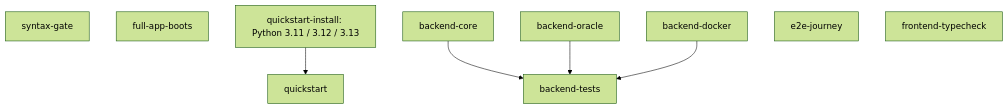
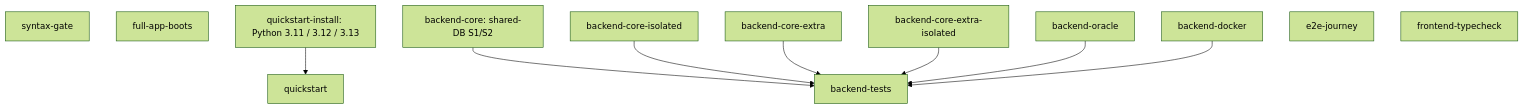
Before and after one commit to rush86999/atom: the first of 2 diagrams in .github/workflows/README.md, drawn with Mermaid (forest theme). The commit also changed other lines of this file and 3 other files, not shown here.

````diff
--- a/.github/workflows/README.md
+++ b/.github/workflows/README.md
@@ -22,17 +22,23 @@
 ```mermaid
 flowchart TB
   syntax["syntax-gate"]
   boot["full-app-boots"]
   install["quickstart-install: Python 3.11 / 3.12 / 3.13"]
   quick["quickstart"]
-  core["backend-core"]
+  core["backend-core: shared-DB S1/S2"]
+  coreisolated["backend-core-isolated"]
+  extra["backend-core-extra"]
+  extraisolated["backend-core-extra-isolated"]
   oracle["backend-oracle"]
   docker["backend-docker"]
   backend["backend-tests"]
   journey["e2e-journey"]
   frontend["frontend-typecheck"]
   install --> quick
   core --> backend
+  coreisolated --> backend
+  extra --> backend
+  extraisolated --> backend
   oracle --> backend
   docker --> backend
 ```
````
